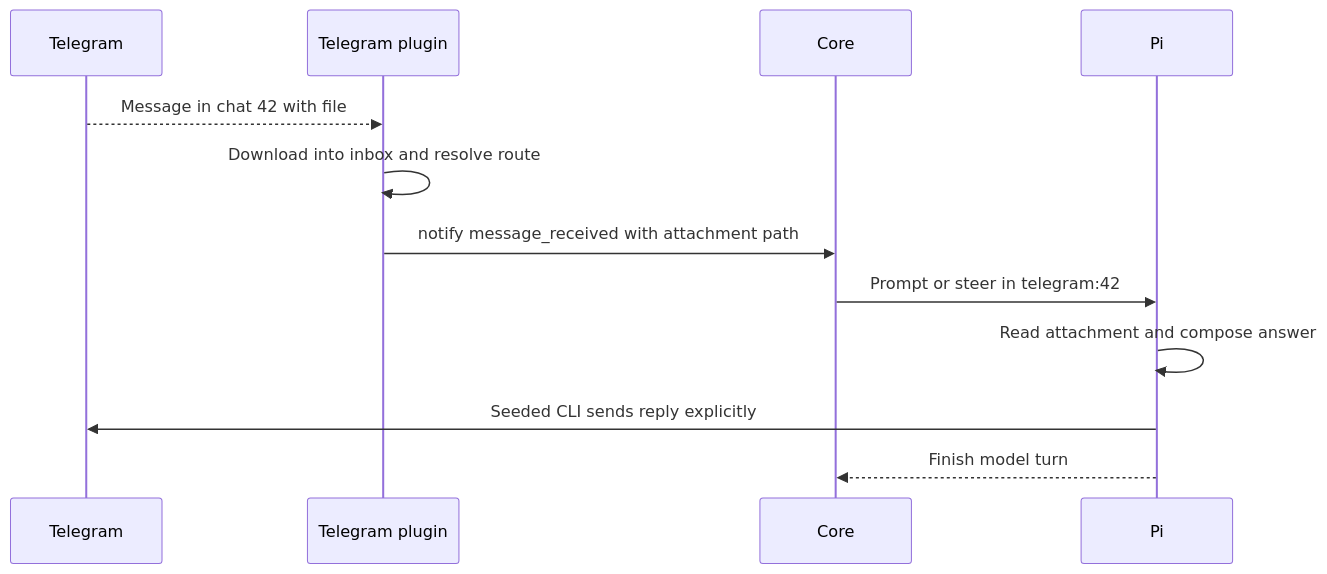
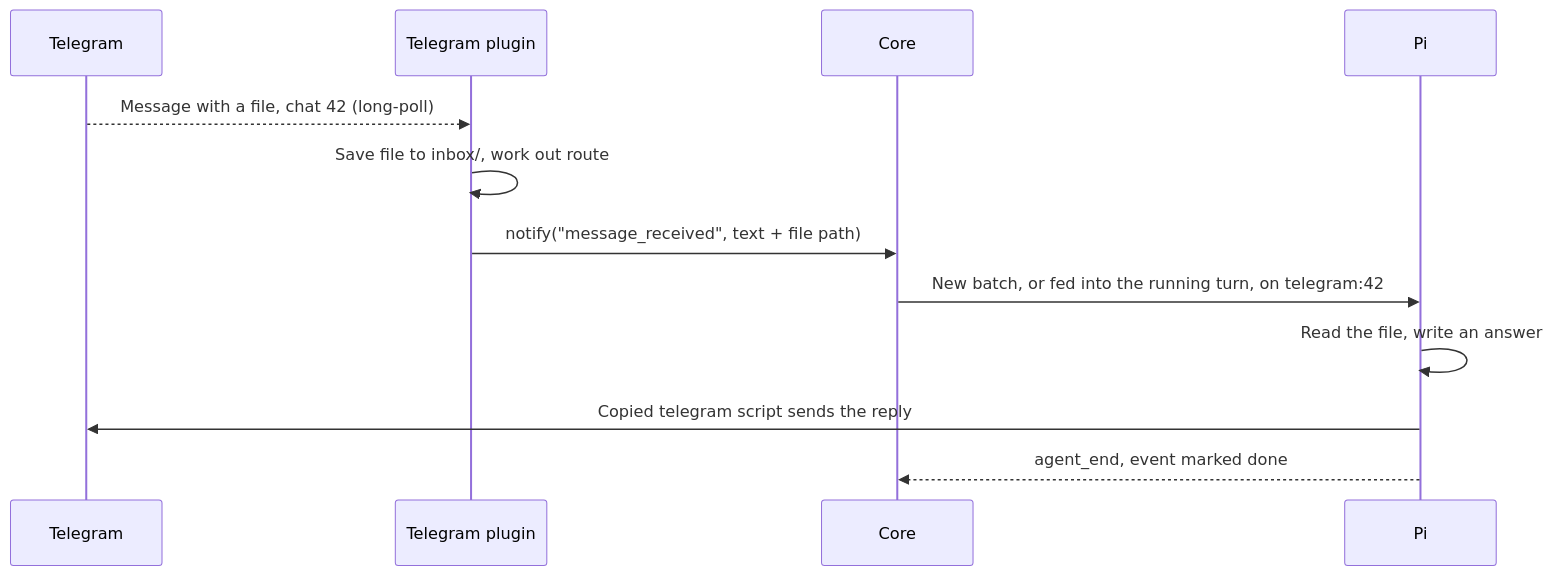
The second of 2 diagrams in docs/low-level/plugins.md (cognisphere-sh/cognisphere-harness), drawn with Mermaid before and after one commit. The commit also changed other lines of this file and 19 other files, not shown here.

First line of the commit message:
Update core implementation roadmap with revised delivery order and agent configuration details

````diff
--- a/docs/low-level/plugins.md
+++ b/docs/low-level/plugins.md
@@ -71,14 +107,14 @@
 ```mermaid
 sequenceDiagram
     participant Telegram
     participant Plugin as Telegram plugin
     participant Core
     participant Pi
-    Telegram-->>Plugin: Message in chat 42 with file
-    Plugin->>Plugin: Download into inbox and resolve route
-    Plugin->>Core: notify message_received with attachment path
-    Core->>Pi: Prompt or steer in telegram:42
-    Pi->>Pi: Read attachment and compose answer
-    Pi->>Telegram: Seeded CLI sends reply explicitly
-    Pi-->>Core: Finish model turn
+    Telegram-->>Plugin: Message with a file, chat 42 (long-poll)
+    Plugin->>Plugin: Save file to inbox/, work out route
+    Plugin->>Core: notify("message_received", text + file path)
+    Core->>Pi: New batch, or fed into the running turn, on telegram:42
+    Pi->>Pi: Read the file, write an answer
+    Pi->>Telegram: Copied telegram script sends the reply
+    Pi-->>Core: agent_end, event marked done
 ```
````
